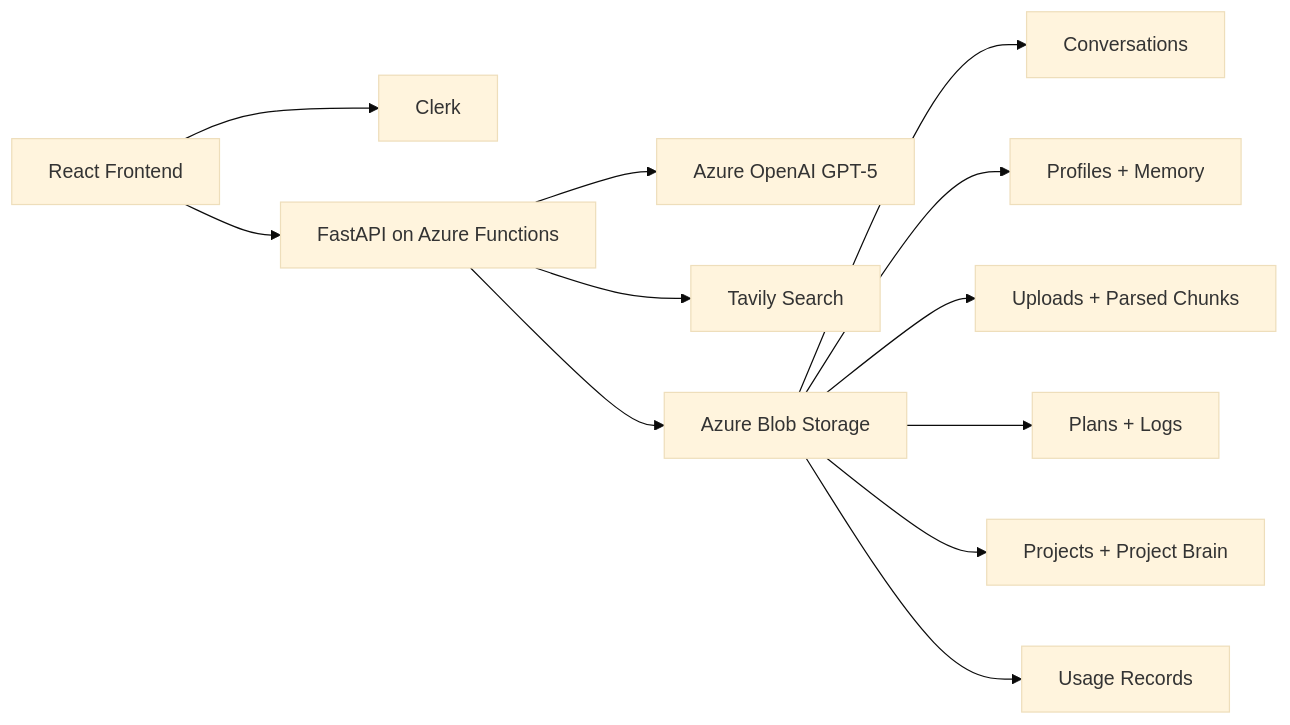
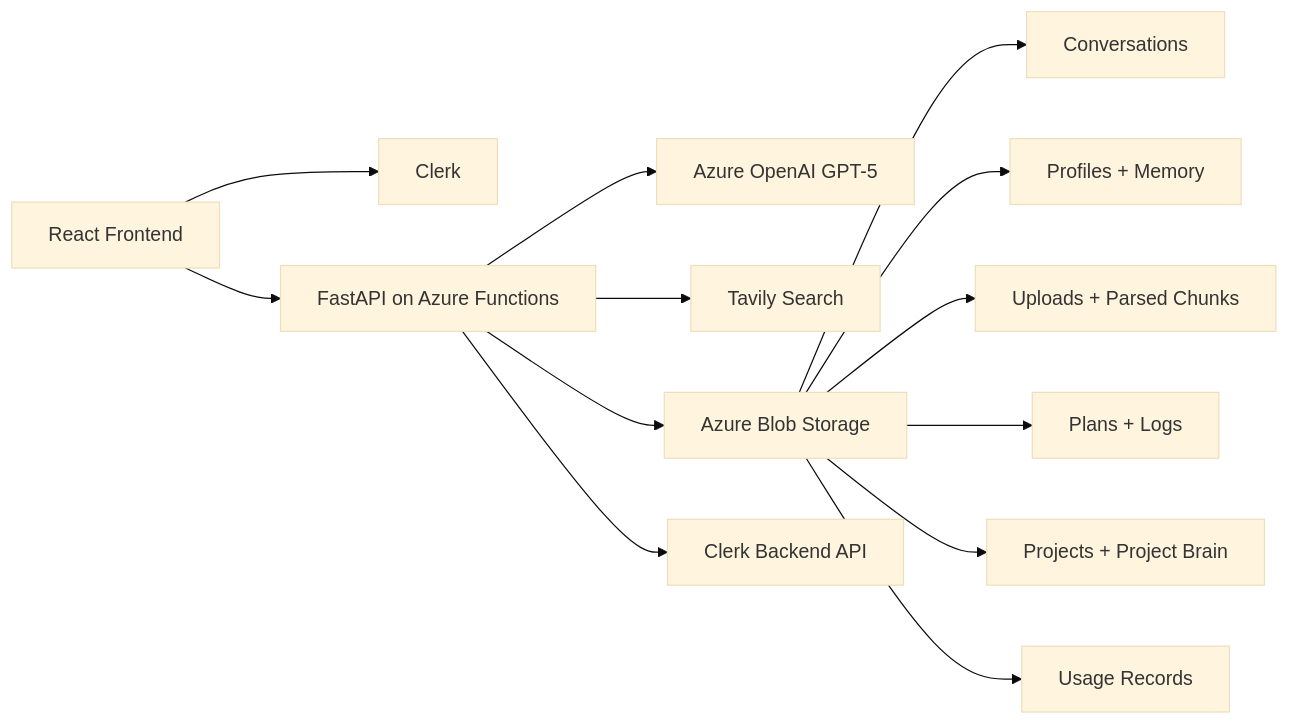
Before and after one commit to Hanan899/NeuralChat: the diagram in README.md, drawn with Mermaid (base theme). The commit also changed other lines of this file and 1 other file, not shown here.

````diff
--- a/README.md
+++ b/README.md
@@ -82,15 +80,16 @@
 ```mermaid
 flowchart LR
   UI[React Frontend] --> AUTH[Clerk]
   UI --> API[FastAPI on Azure Functions]
   API --> AOAI[Azure OpenAI GPT-5]
   API --> TAVILY[Tavily Search]
   API --> BLOB[Azure Blob Storage]
+  API --> CLERK[Clerk Backend API]
 
   BLOB --> CONV[Conversations]
   BLOB --> PROFILE[Profiles + Memory]
   BLOB --> FILES[Uploads + Parsed Chunks]
   BLOB --> AGENTS[Plans + Logs]
   BLOB --> PROJECTS[Projects + Project Brain]
   BLOB --> USAGE[Usage Records]
 ```
````
